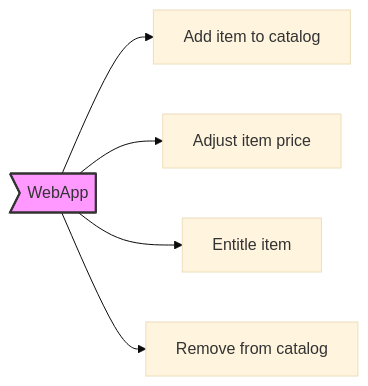
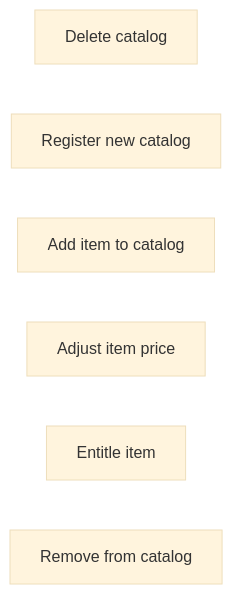
The diagram in src/SolutionExample/Example/bounded_context_canvas.md (pierregillon/BoundedContextCanvasGenerator), drawn with Mermaid (base theme) before and after one commit. The commit also changed other lines of this file and 19 other files, not shown here.

````diff
--- a/src/SolutionExample/Example/bounded_context_canvas.md
+++ b/src/SolutionExample/Example/bounded_context_canvas.md
@@ -45,13 +27,9 @@
 ```mermaid
 flowchart LR
-    Collaborators>"WebApp"]
-    style Collaborators fill:#f9f,stroke:#333,stroke-width:2px
+    CatalogApplicationCatalogDeleteCatalog["Delete catalog"]
+    CatalogApplicationCatalogRegisterNewCatalogCommand["Register new catalog"]
     CatalogApplicationItemsAddItemToCatalogCommand["Add item to catalog"]
     CatalogApplicationItemsAdjustItemPriceCommand["Adjust item price"]
     CatalogApplicationItemsEntitleItemCommand["Entitle item"]
     CatalogApplicationItemsRemoveFromCatalogCommand["Remove from catalog"]
-    Collaborators --> CatalogApplicationItemsAddItemToCatalogCommand
-    Collaborators --> CatalogApplicationItemsAdjustItemPriceCommand
-    Collaborators --> CatalogApplicationItemsEntitleItemCommand
-    Collaborators --> CatalogApplicationItemsRemoveFromCatalogCommand
 ```
````
